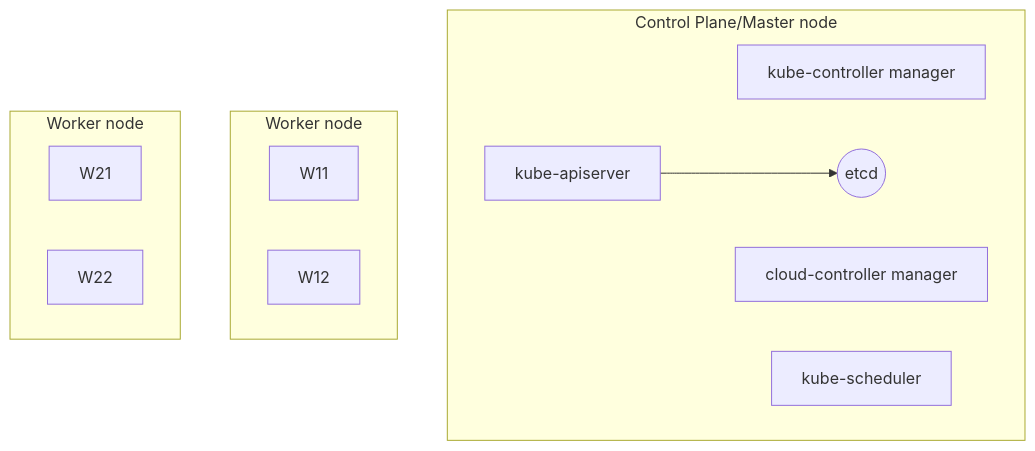
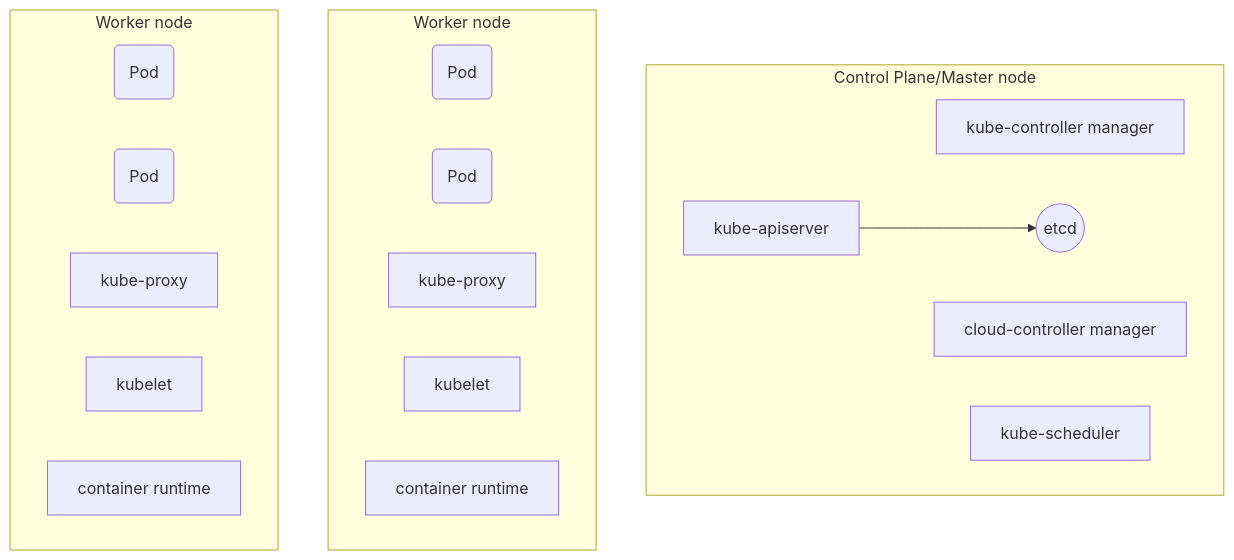
One commit to pratshield/docker-kubernetes changed the diagram in kubernetes/nodes.md. Above: the diagram before and after it, drawn with Mermaid. The commit also changed other lines of this file, not shown here.

````diff
--- a/kubernetes/nodes.md
+++ b/kubernetes/nodes.md
@@ -9,19 +10,25 @@
 ```mermaid
 flowchart TB
   subgraph "Control Plane/Master node"
   A[kube-controller manager]
   B[cloud-controller manager]
   C[kube-apiserver]
   D[kube-scheduler]
   E((etcd))
   C-->E
   end
   subgraph "Worker node"
-  W11
-  W12 
+  W11(Pod)
+  W12(Pod)
+  W13[kube-proxy]
+  W14[kubelet]
+  W15[container runtime]
   end
   subgraph "Worker node"
-  W21
-  W22
+  W21(Pod)
+  W22(Pod)
+  W23[kube-proxy]
+  W24[kubelet]
+  W25[container runtime]
   end
 ```
````
